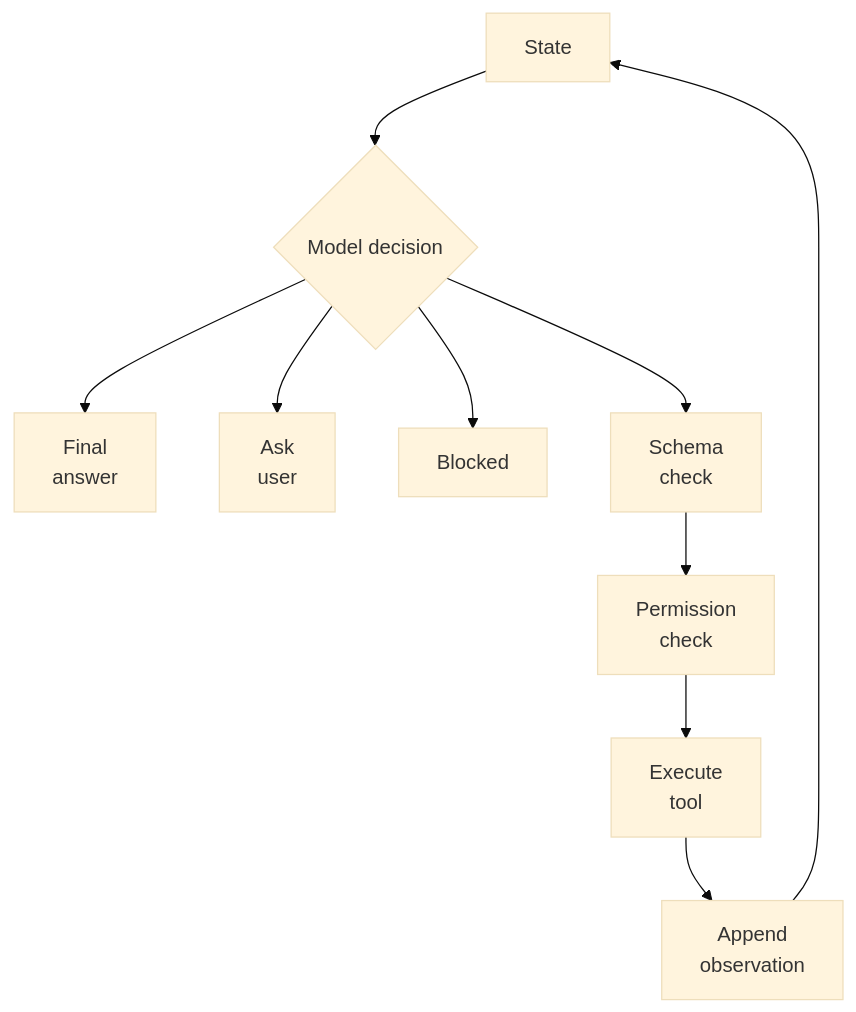
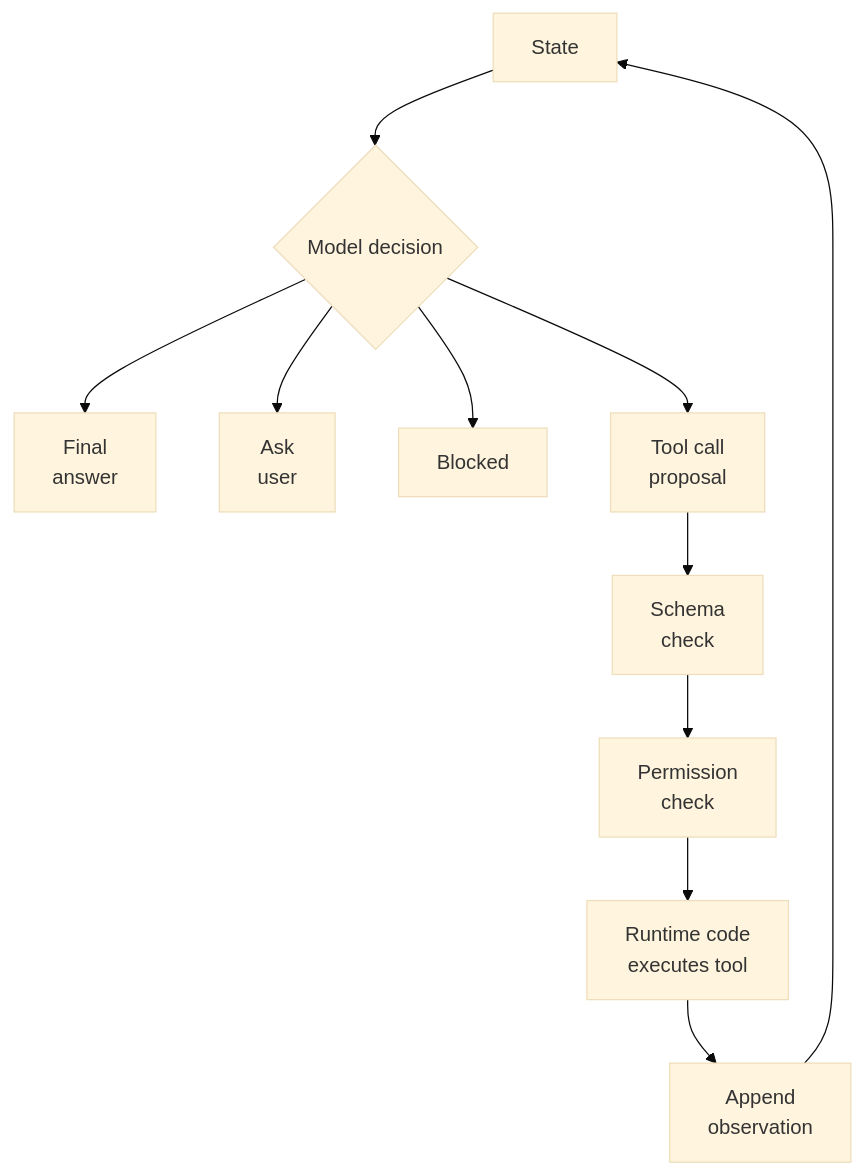
Before and after one commit to tilt/data-science-wiki: the first of 3 diagrams in content/11-generative-ai/agent-loops.md, drawn with Mermaid (base theme). The commit also changed other lines of this file and 10 other files, not shown here.

````diff
--- a/content/11-generative-ai/agent-loops.md
+++ b/content/11-generative-ai/agent-loops.md
@@ -38,12 +38,13 @@
 ```mermaid
 flowchart TD
   State[State] --> Decision{Model decision}
   Decision --> Final["Final<br/>answer"]
   Decision --> Ask["Ask<br/>user"]
   Decision --> Blocked[Blocked]
-  Decision --> Schema["Schema<br/>check"]
+  Decision --> ToolCall["Tool call<br/>proposal"]
+  ToolCall --> Schema["Schema<br/>check"]
   Schema --> Permission["Permission<br/>check"]
-  Permission --> Execute["Execute<br/>tool"]
+  Permission --> Execute["Runtime code<br/>executes tool"]
   Execute --> Observation["Append<br/>observation"]
   Observation --> State
 ```
````
